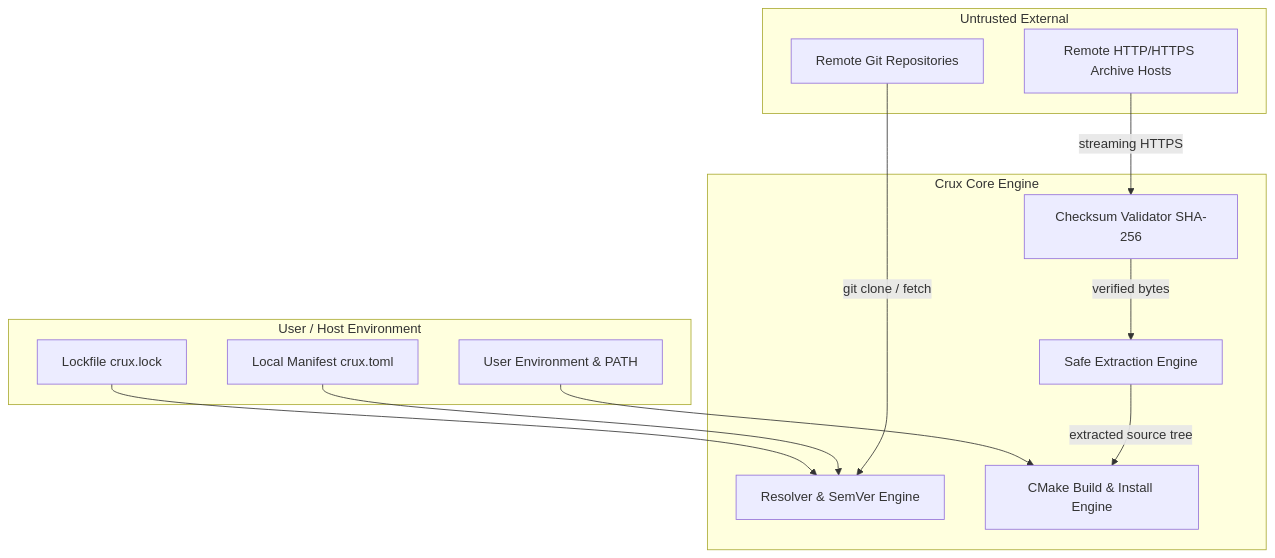
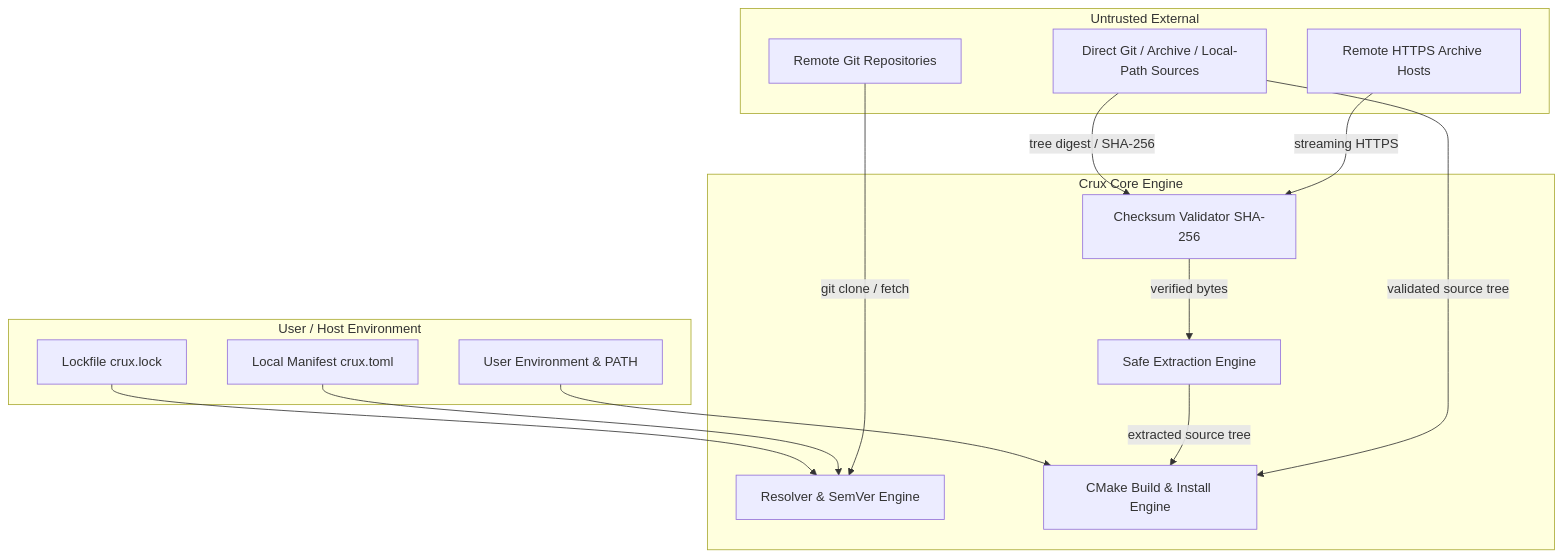
One commit to ShaharyarShakir/crux changed the diagram in docs/reference/security-model.md. Above: the diagram before and after it, drawn with Mermaid. The commit also changed other lines of this file and 4 other files, not shown here.

````diff
--- a/docs/reference/security-model.md
+++ b/docs/reference/security-model.md
@@ -45,28 +45,31 @@
 ```mermaid
 flowchart TD
     subgraph Untrusted External
         U1[Remote Git Repositories]
-        U2[Remote HTTP/HTTPS Archive Hosts]
+        U2[Remote HTTPS Archive Hosts]
+        U3[Direct Git / Archive / Local-Path Sources]
     end
 
     subgraph User / Host Environment
         H1[Local Manifest crux.toml]
         H2[Lockfile crux.lock]
         H3[User Environment & PATH]
     end
 
     subgraph Crux Core Engine
         C1[Resolver & SemVer Engine]
         C2[Checksum Validator SHA-256]
         C3[Safe Extraction Engine]
         C4[CMake Build & Install Engine]
     end
 
     U1 -->|git clone / fetch| C1
     U2 -->|streaming HTTPS| C2
+    U3 -->|validated source tree| C4
+    U3 -->|tree digest / SHA-256| C2
     C2 -->|verified bytes| C3
     C3 -->|extracted source tree| C4
     H1 --> C1
     H2 --> C1
     H3 --> C4
 ```
````
